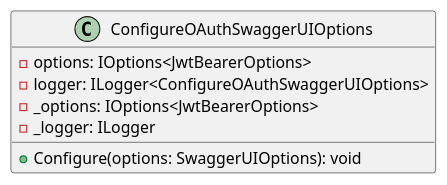
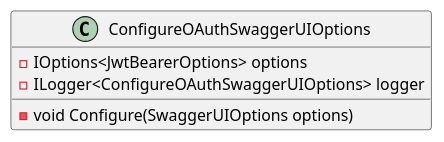
Before and after one commit to mwwhited-forks/dotnet-libs: the third of 4 diagrams in docs/generated/Framework/Eliassen.AspNetCore.JwtAuthentication/SwaggerGen/Documentation.md, drawn with PlantUML. The commit also changed other lines of this file and 444 other files, not shown here.

````diff
--- a/docs/generated/Framework/Eliassen.AspNetCore.JwtAuthentication/SwaggerGen/Documentation.md
+++ b/docs/generated/Framework/Eliassen.AspNetCore.JwtAuthentication/SwaggerGen/Documentation.md
@@ -29,13 +54,9 @@
 ```plantuml
 @startuml
 class ConfigureOAuthSwaggerUIOptions {
-  - options: IOptions<JwtBearerOptions>
-  - logger: ILogger<ConfigureOAuthSwaggerUIOptions>
-  - _options: IOptions<JwtBearerOptions>
-  - _logger: ILogger
-
-  + Configure(options: SwaggerUIOptions): void
+  - IOptions<JwtBearerOptions> options
+  - ILogger<ConfigureOAuthSwaggerUIOptions> logger
+  - void Configure(SwaggerUIOptions options)
 }
-
 @enduml
 ```
````
